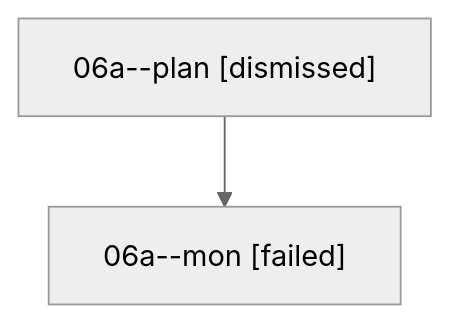
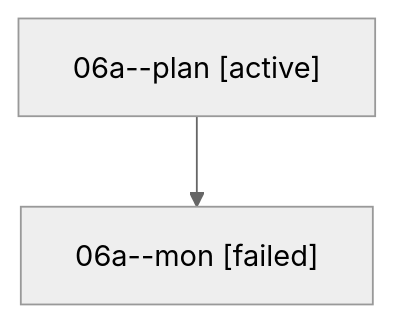
Before and after one commit to sase-org/sase--agents: the diagram in families/bbugyi200.athena.06a.md, drawn with Mermaid (neutral theme). The commit also changed other lines of this file and 35830 other files, not shown here.

````diff
--- a/families/bbugyi200.athena.06a.md
+++ b/families/bbugyi200.athena.06a.md
@@ -9,6 +9,6 @@
 ```mermaid
 flowchart TD
-  n0["06a--plan [dismissed]"]
+  n0["06a--plan [active]"]
   n1["06a--mon [failed]"]
   n0 --> n1
 ```
````
